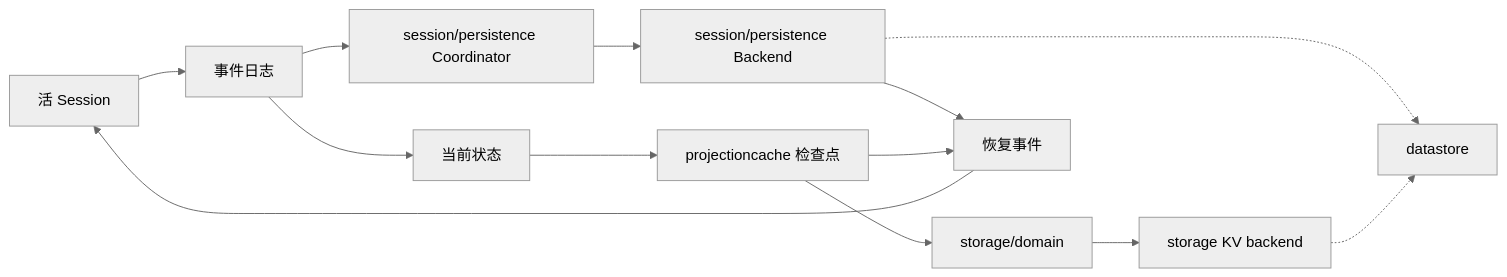
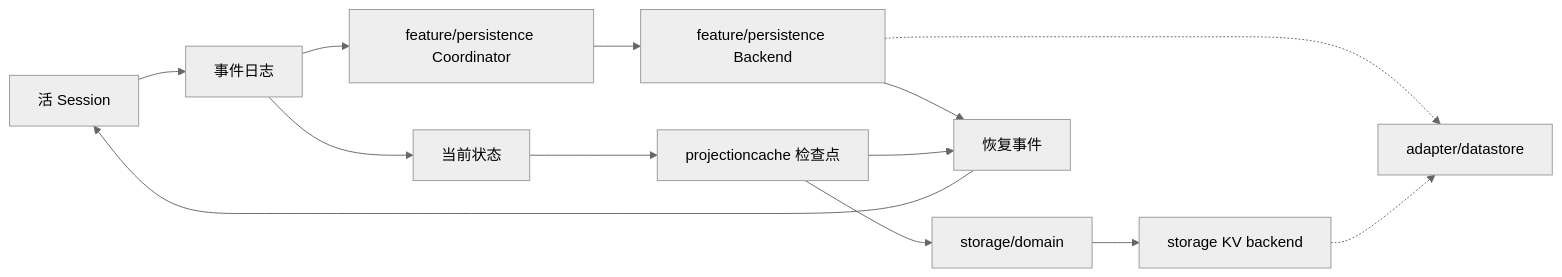
One commit to snight1983/ds-harness-go changed the third of 3 diagrams in docs/architecture.md. Above: the diagram before and after it, drawn with Mermaid (neutral theme). The commit also changed other lines of this file and 1281 other files, not shown here.

````diff
--- a/docs/architecture.md
+++ b/docs/architecture.md
@@ -147,18 +150,18 @@
 ```mermaid
 flowchart LR
     Live["活 Session"] --> Events["事件日志"]
-    Events --> Coordinator["session/persistence Coordinator"]
-    Coordinator --> SessionStore["session/persistence Backend"]
+    Events --> Coordinator["feature/persistence Coordinator"]
+    Coordinator --> SessionStore["feature/persistence Backend"]
 
     Events --> Current["当前状态"]
     Current --> Cache["projectioncache 检查点"]
     Cache --> Domain["storage/domain"]
     Domain --> KVBackend["storage KV backend"]
 
     SessionStore --> Restore["恢复事件"]
     Cache --> Restore
     Restore --> Live
 
-    SessionStore -.-> DS["datastore"]
+    SessionStore -.-> DS["adapter/datastore"]
     KVBackend -.-> DS
 ```
````
